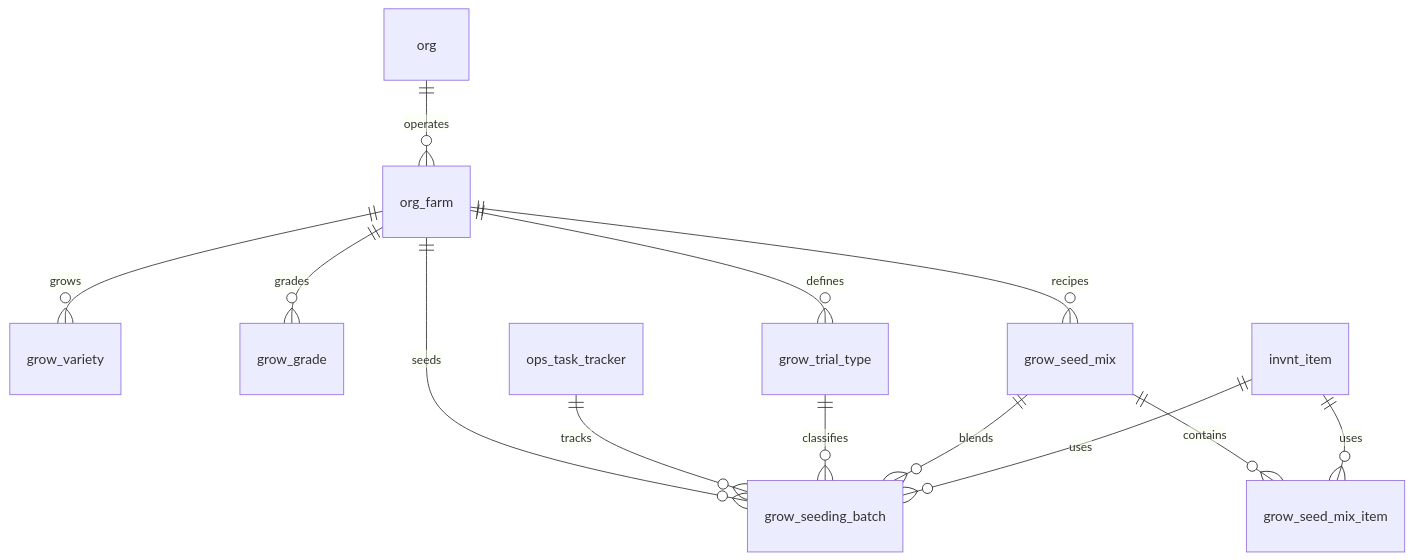
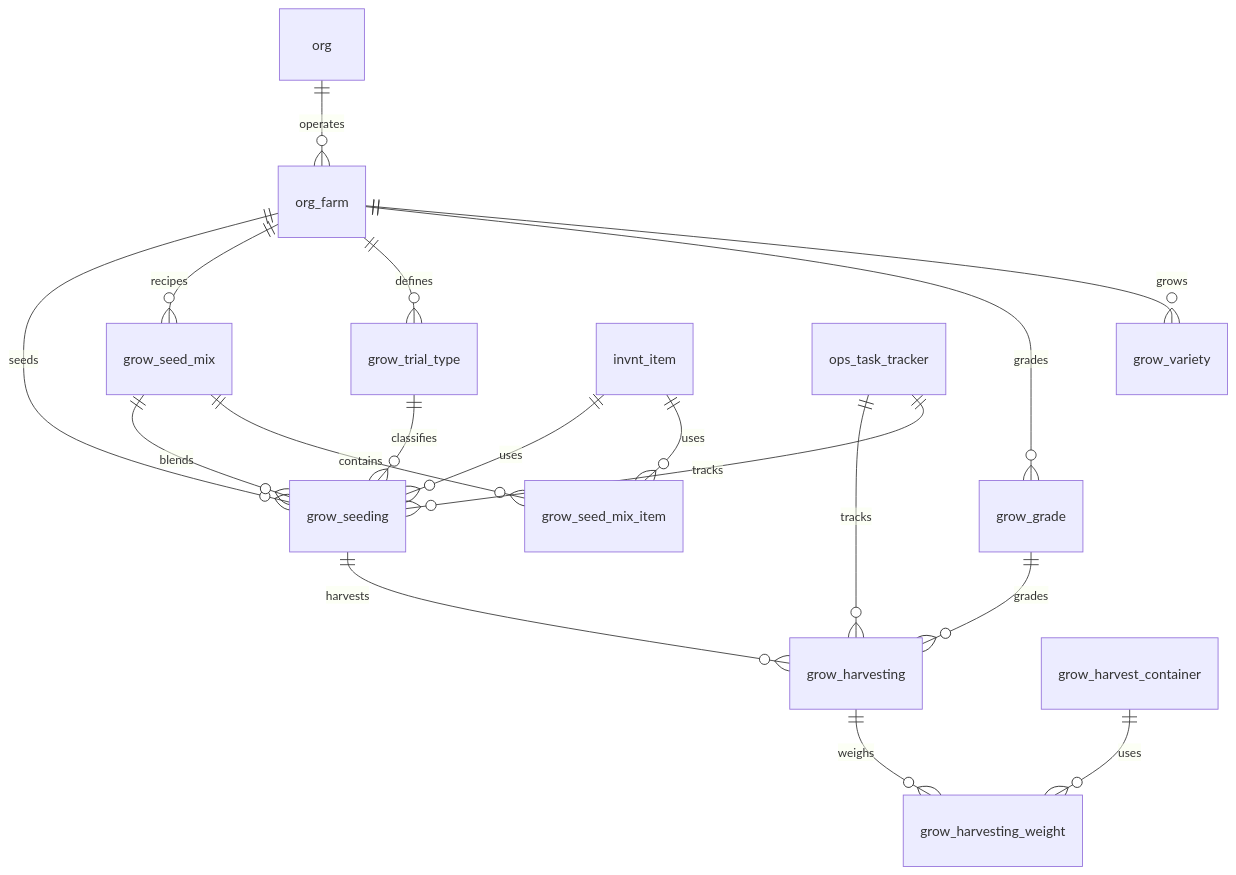
Before and after one commit to Hawaii-Farming/aloha-app: the diagram in docs/schemas/20260323_06_grow.md, drawn with Mermaid. The commit also changed other lines of this file and 31 other files, not shown here.

First line of the commit message:
Add grow seeding, harvesting, and harvest container tables with weight tracking

````diff
--- a/docs/schemas/20260323_06_grow.md
+++ b/docs/schemas/20260323_06_grow.md
@@ -9,15 +9,20 @@
 ```mermaid
 erDiagram
     org ||--o{ org_farm : operates
     org_farm ||--o{ grow_variety : grows
     org_farm ||--o{ grow_grade : grades
     org_farm ||--o{ grow_trial_type : defines
     org_farm ||--o{ grow_seed_mix : recipes
     grow_seed_mix ||--o{ grow_seed_mix_item : contains
     invnt_item ||--o{ grow_seed_mix_item : uses
-    org_farm ||--o{ grow_seeding_batch : seeds
-    ops_task_tracker ||--o{ grow_seeding_batch : tracks
-    grow_trial_type ||--o{ grow_seeding_batch : classifies
-    grow_seed_mix ||--o{ grow_seeding_batch : blends
-    invnt_item ||--o{ grow_seeding_batch : uses
+    org_farm ||--o{ grow_seeding : seeds
+    ops_task_tracker ||--o{ grow_seeding : tracks
+    grow_trial_type ||--o{ grow_seeding : classifies
+    grow_seed_mix ||--o{ grow_seeding : blends
+    invnt_item ||--o{ grow_seeding : uses
+    grow_seeding ||--o{ grow_harvesting : harvests
+    grow_grade ||--o{ grow_harvesting : grades
+    ops_task_tracker ||--o{ grow_harvesting : tracks
+    grow_harvesting ||--o{ grow_harvesting_weight : weighs
+    grow_harvest_container ||--o{ grow_harvesting_weight : uses
 ```
````
